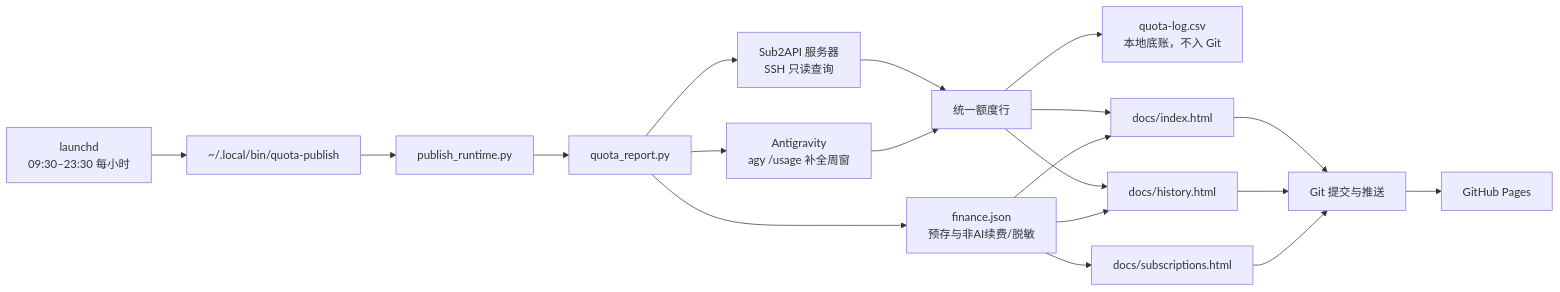
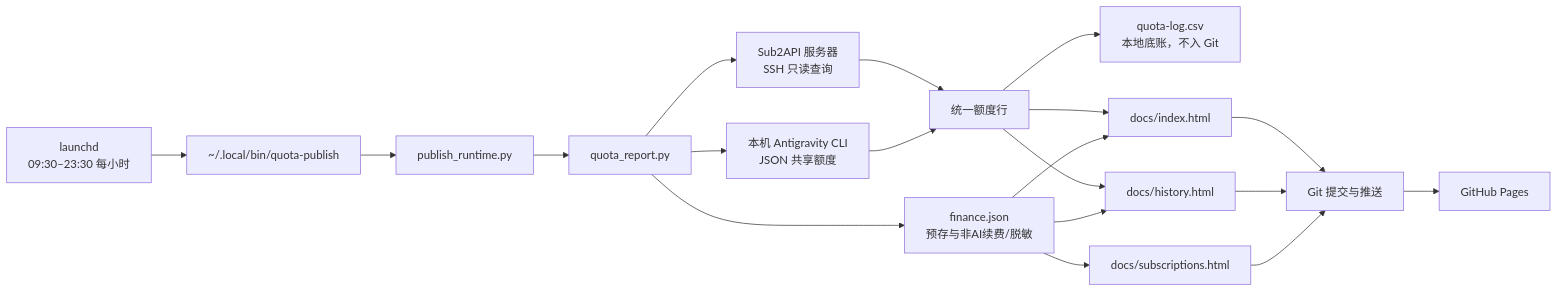
The diagram in docs/project-design.md (insistgang/ai-quota-monitor), drawn with Mermaid before and after one commit. The commit also changed other lines of this file and 15 other files, not shown here.

Commit message:
feat: 从本机 Antigravity CLI 读取共享额度，替代已移除的服务器账号

````diff
--- a/docs/project-design.md
+++ b/docs/project-design.md
@@ -17,21 +17,21 @@
 ```mermaid
 flowchart LR
     A[launchd<br/>09:30–23:30 每小时] --> B[~/.local/bin/quota-publish]
     B --> C[publish_runtime.py]
     C --> D[quota_report.py]
     D --> S[Sub2API 服务器<br/>SSH 只读查询]
-    D --> A1[Antigravity<br/>agy /usage 补全周窗]
+    D --> A1[本机 Antigravity CLI<br/>JSON 共享额度]
     D --> N1[finance.json<br/>预存与非AI续费/脱敏]
     S --> F[统一额度行]
     A1 --> F
     F --> G[quota-log.csv<br/>本地底账，不入 Git]
     F --> H[docs/index.html]
     F --> I[docs/history.html]
     N1 --> H
     N1 --> I
     N1 --> J[docs/subscriptions.html]
     H --> K[Git 提交与推送]
     I --> K
     J --> K
     K --> L[GitHub Pages]
 ```
````
